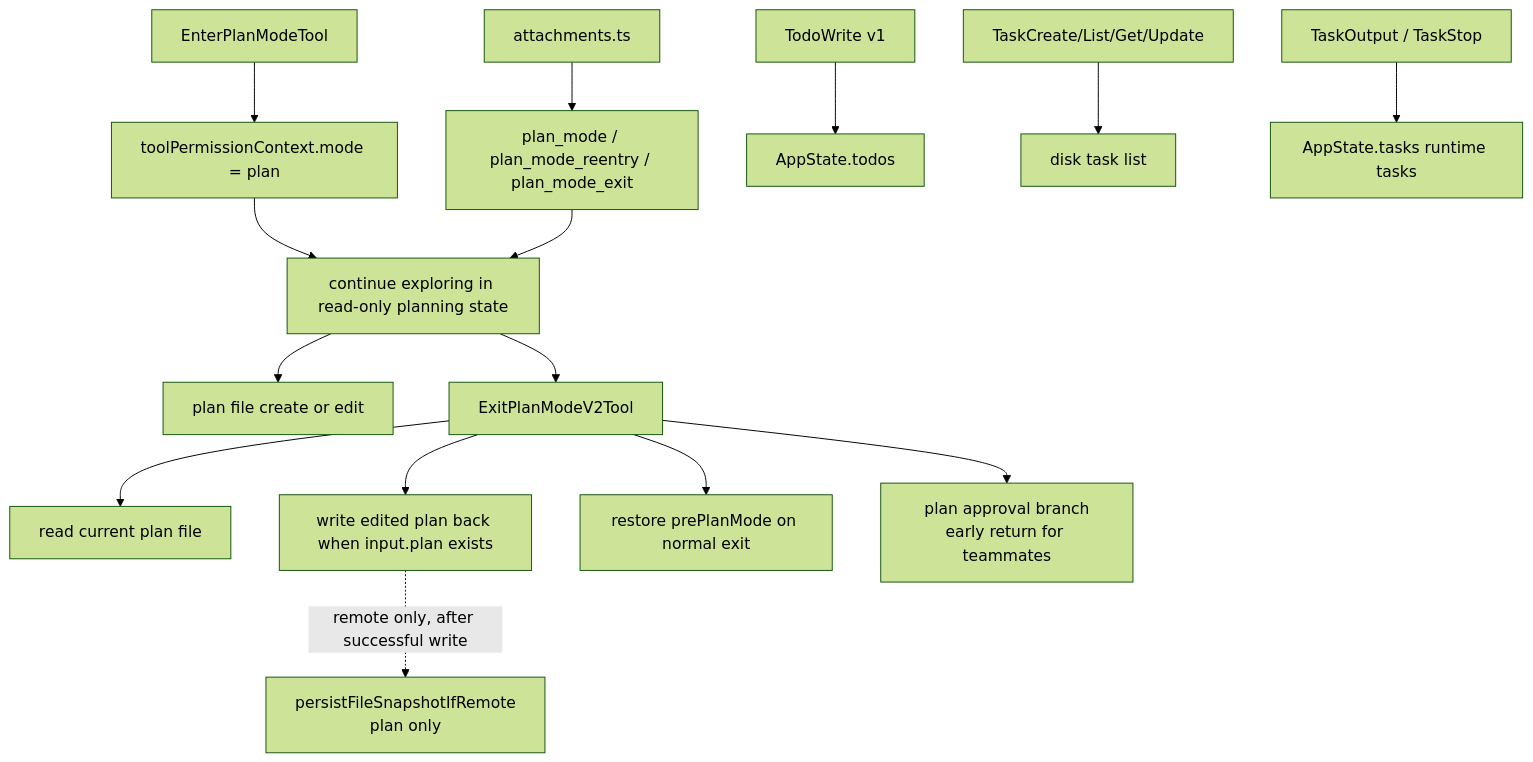
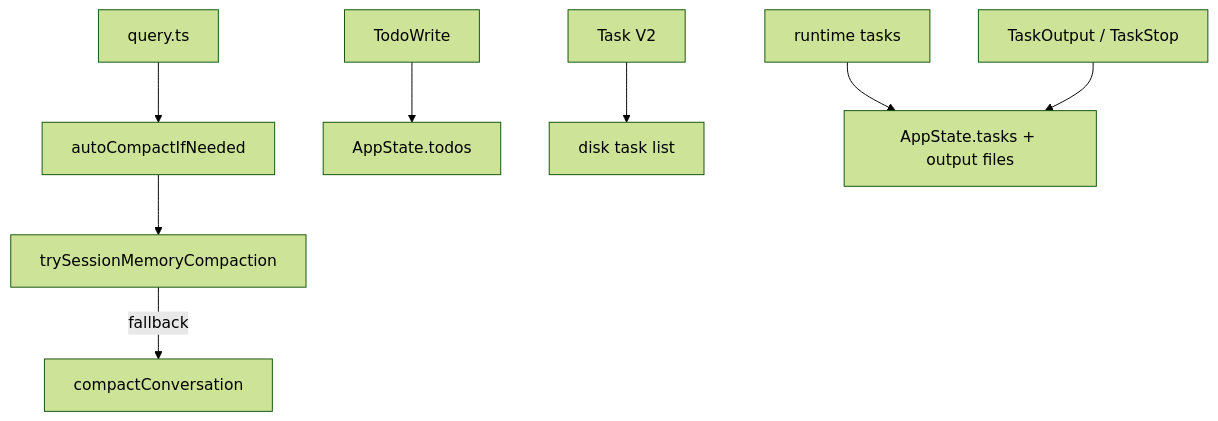
The second of 2 diagrams in MODULES/02-planning-compaction-and-assistant/DEEP/README.md (Boulea7/ClaudeCode-Source-DeepDive), drawn with Mermaid (forest theme) before and after one commit. The commit also changed other lines of this file and 92 other files, not shown here.

````diff
--- a/MODULES/02-planning-compaction-and-assistant/DEEP/README.md
+++ b/MODULES/02-planning-compaction-and-assistant/DEEP/README.md
@@ -299,18 +142,10 @@
 ```mermaid
 flowchart TD
-    A[EnterPlanModeTool] --> B[toolPermissionContext.mode = plan]
-    B --> D[continue exploring in read-only planning state]
-    C[attachments.ts] --> E[plan_mode / plan_mode_reentry / plan_mode_exit]
-    E --> D
-    D --> F[plan file create or edit]
-    D --> G[ExitPlanModeV2Tool]
-    G --> H[read current plan file]
-    G --> I[write edited plan back when input.plan exists]
-    I -. remote only, after successful write .-> J[persistFileSnapshotIfRemote<br/>plan only]
-    G --> K[restore prePlanMode on normal exit]
-    G --> L[plan approval branch<br/>early return for teammates]
-
-    M[TodoWrite v1] --> N[AppState.todos]
-    O[TaskCreate/List/Get/Update] --> P[disk task list]
-    Q[TaskOutput / TaskStop] --> R[AppState.tasks runtime tasks]
+    A[query.ts] --> B[autoCompactIfNeeded]
+    B --> C[trySessionMemoryCompaction]
+    C -->|fallback| D[compactConversation]
+    E[TodoWrite] --> F[AppState.todos]
+    G[Task V2] --> H[disk task list]
+    I[runtime tasks] --> J[AppState.tasks + output files]
+    K[TaskOutput / TaskStop] --> J
 ```
````
